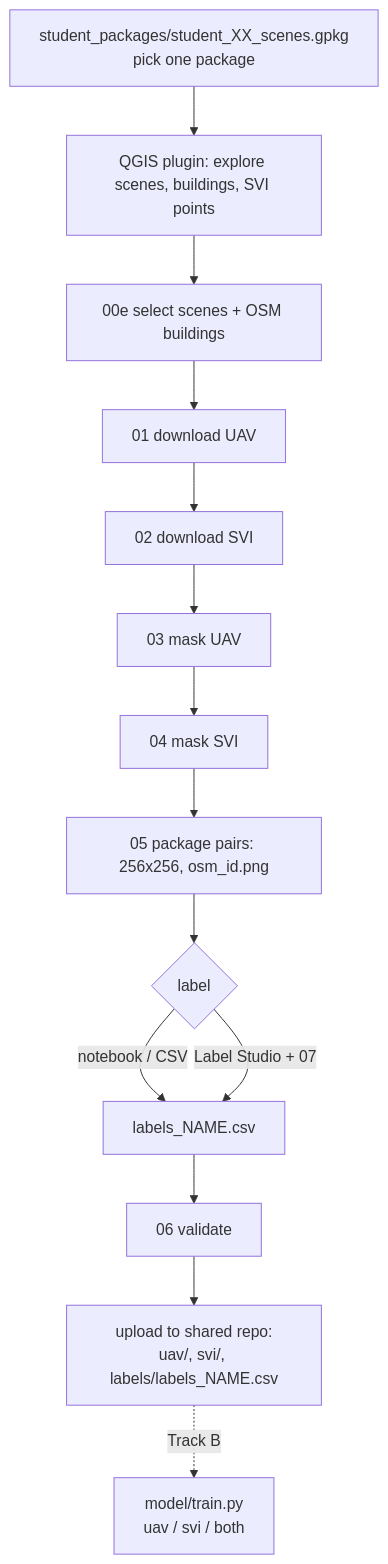
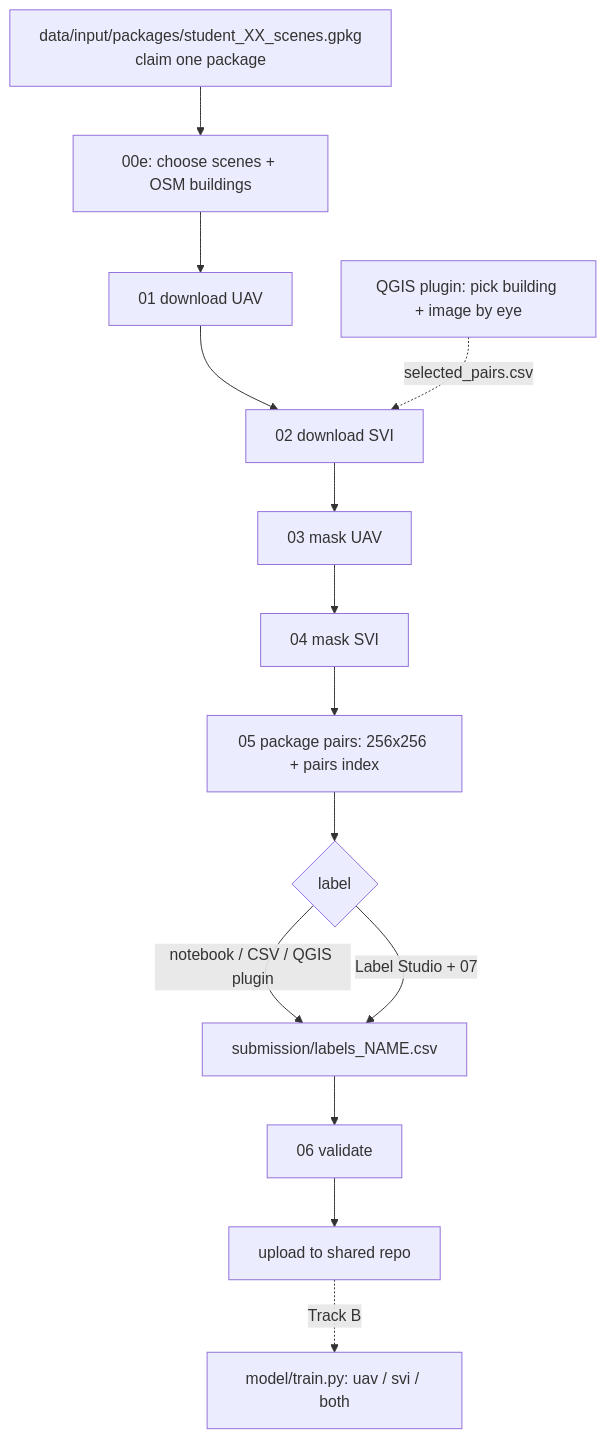
The diagram in README.md (RKsGIS/UAV-SVI-Annotation-Pipeline), drawn with Mermaid before and after one commit. The commit also changed other lines of this file and 20 other files, not shown here.

````diff
--- a/README.md
+++ b/README.md
@@ -5,14 +5,14 @@
 ```mermaid
 flowchart TD
-    A[student_packages/student_XX_scenes.gpkg<br/>pick one package] --> B[QGIS plugin: explore scenes, buildings, SVI points]
-    B --> C[00e select scenes + OSM buildings]
-    C --> D[01 download UAV] --> E[02 download SVI]
-    E --> F[03 mask UAV] --> G[04 mask SVI]
-    G --> H[05 package pairs: 256x256, osm_id.png]
-    H --> I{label}
-    I -->|notebook / CSV| J[labels_NAME.csv]
-    I -->|Label Studio + 07| J
-    J --> K[06 validate]
-    K --> L[upload to shared repo:<br/>uav/, svi/, labels/labels_NAME.csv]
-    L -.->|Track B| M[model/train.py<br/>uav / svi / both]
+    A[data/input/packages/student_XX_scenes.gpkg<br/>claim one package] --> B[00e: choose scenes + OSM buildings]
+    B --> C[01 download UAV] --> D[02 download SVI]
+    D --> E[03 mask UAV] --> F[04 mask SVI]
+    F --> G[05 package pairs: 256x256 + pairs index]
+    G --> H{label}
+    H -->|notebook / CSV / QGIS plugin| I[submission/labels_NAME.csv]
+    H -->|Label Studio + 07| I
+    I --> J[06 validate]
+    J --> K[upload to shared repo]
+    K -.->|Track B| L[model/train.py: uav / svi / both]
+    P[QGIS plugin: pick building + image by eye] -.->|selected_pairs.csv| D
 ```
````
